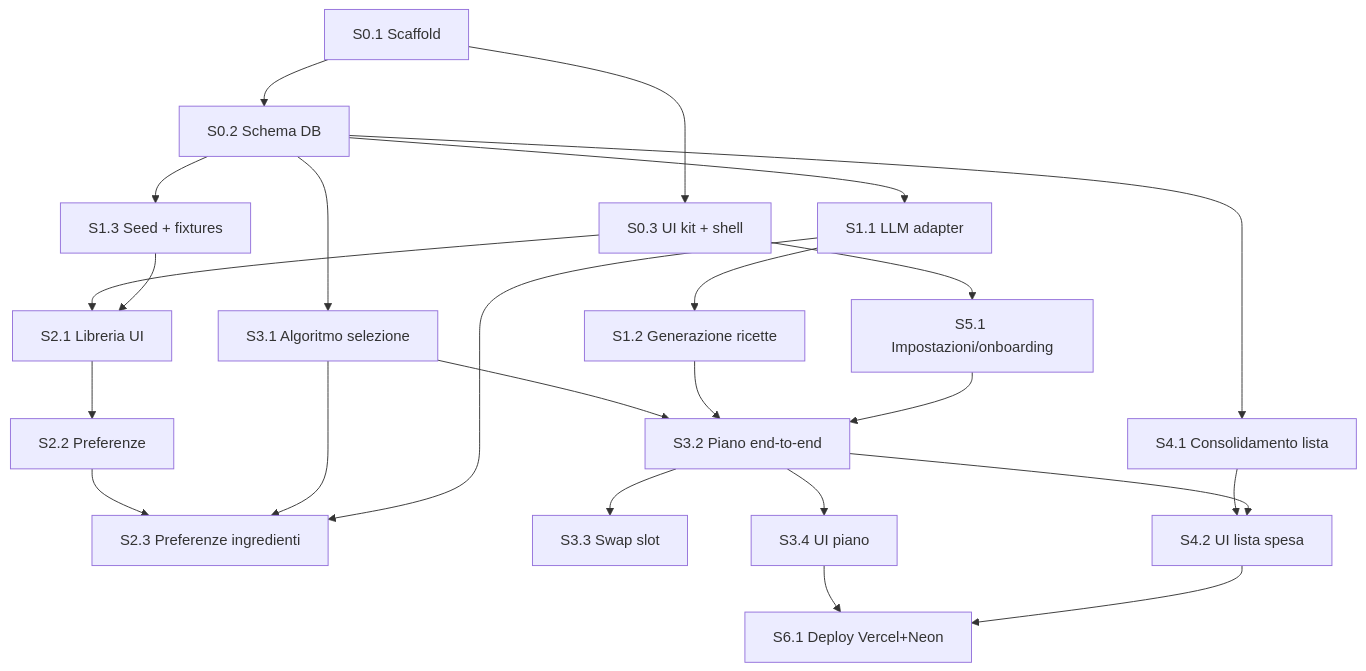
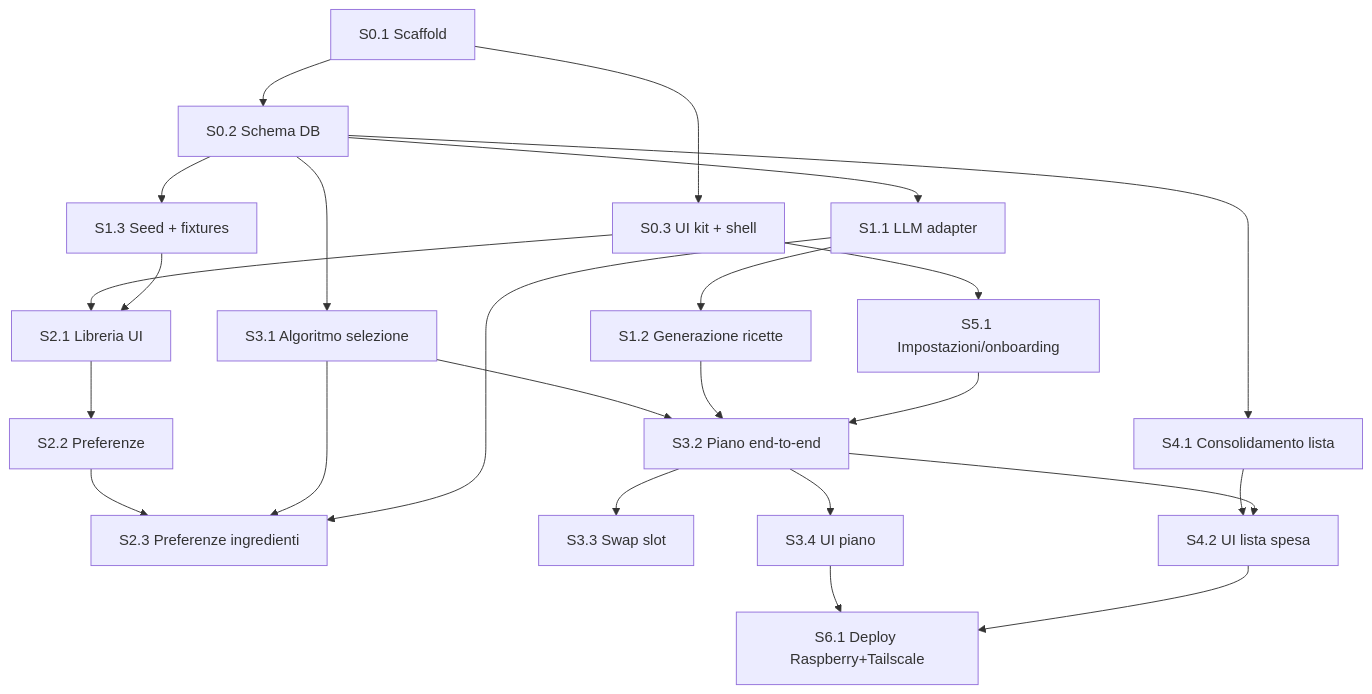
One commit to Elverle/Mealy changed the diagram in docs/BACKLOG.md. Above: the diagram before and after it, drawn with Mermaid. The commit also changed other lines of this file and 77 other files, not shown here.

First line of the commit message:
feat(e0): foundation — Next.js 16 scaffold, Drizzle DB schema and 4-tab UI shell

````diff
--- a/docs/BACKLOG.md
+++ b/docs/BACKLOG.md
@@ -9,26 +9,26 @@
 ```mermaid
 flowchart TD
     S01[S0.1 Scaffold] --> S02[S0.2 Schema DB]
     S01 --> S03[S0.3 UI kit + shell]
     S02 --> A1[S1.1 LLM adapter]
     A1 --> A2[S1.2 Generazione ricette]
     S02 --> A3[S1.3 Seed + fixtures]
     S03 --> B1[S5.1 Impostazioni/onboarding]
     S03 --> B2[S2.1 Libreria UI]
     A3 --> B2
     B2 --> B3[S2.2 Preferenze]
     B3 --> B4[S2.3 Preferenze ingredienti]
     C1 --> B4
     A1 --> B4
     S02 --> C1[S3.1 Algoritmo selezione]
     C1 --> C2[S3.2 Piano end-to-end]
     A2 --> C2
     B1 --> C2
     C2 --> C3[S3.3 Swap slot]
     C2 --> C4[S3.4 UI piano]
     S02 --> D1[S4.1 Consolidamento lista]
     D1 --> D2[S4.2 UI lista spesa]
     C2 --> D2
-    C4 --> E1[S6.1 Deploy Vercel+Neon]
+    C4 --> E1[S6.1 Deploy Raspberry+Tailscale]
     D2 --> E1
 ```
````
